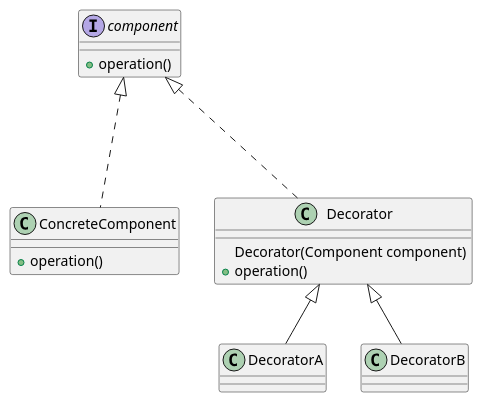
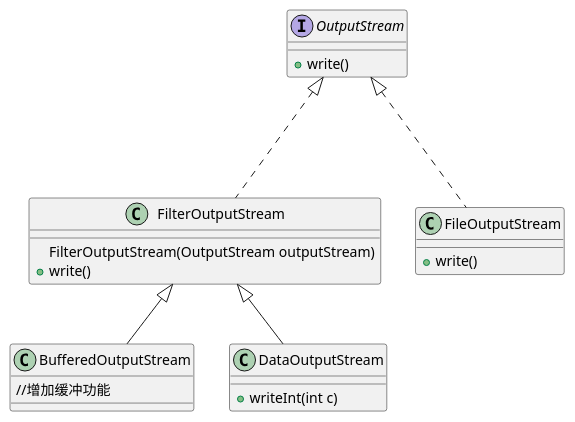
The diagram in app/src/main/decorator_stream.puml (sofina/MyDemo), drawn with PlantUML before and after one commit. The commit also changed 6 other files, not shown here.

```diff
--- a/app/src/main/decorator_stream.puml
+++ b/app/src/main/decorator_stream.puml
@@ -1,37 +1,38 @@
 @startuml
 
-class ConcreteComponent
-class Decorator
-class DecoratorA
-class DecoratorB
-interface component
+class FilterOutputStream
+class FileOutputStream
+class BufferedOutputStream
+class DataOutputStream
+interface OutputStream
 
-interface component{
-+operation()
+interface OutputStream{
++write()
 }
 
-class ConcreteComponent{
-+operation()
+class FileOutputStream{
++write()
 }
 
-class Decorator{
-Decorator(Component component)
-+operation()
+class FilterOutputStream{
+FilterOutputStream(OutputStream outputStream)
++write()
 }
 
-class DecoratorA{
-
+class BufferedOutputStream{
+//增加缓冲功能
 }
 
-class DecoratorB{
+class DataOutputStream{
++writeInt(int c)
 }
 
 
-component <|-.- ConcreteComponent
-component <|-.- Decorator
-Decorator <|-- DecoratorA
-Decorator <|-- DecoratorB
+OutputStream <|-.- FileOutputStream
+OutputStream <|-.- FilterOutputStream
+FilterOutputStream <|-- BufferedOutputStream
+FilterOutputStream <|-- DataOutputStream
 
 
 
 @enduml
```
